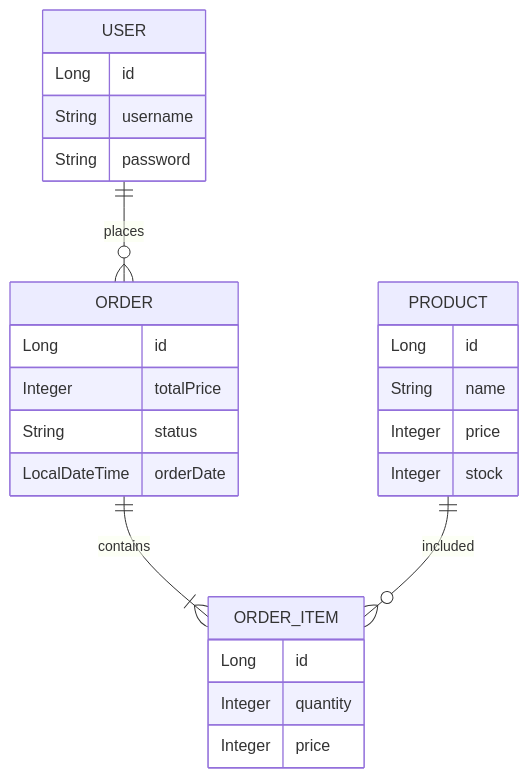
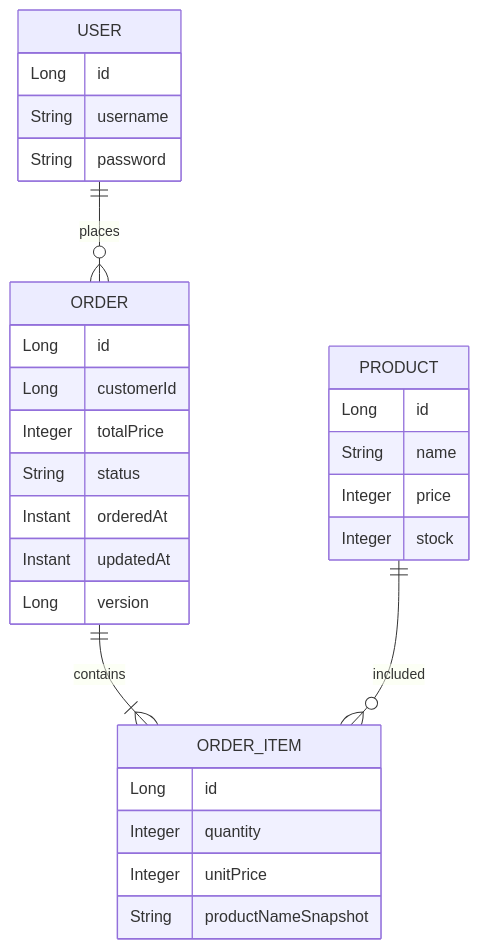
One commit to utl-flaxy/inventory-management-system changed the first of 3 diagrams in README.md. Above: the diagram before and after it, drawn with Mermaid. The commit also changed other lines of this file and 27 other files, not shown here.

````diff
--- a/README.md
+++ b/README.md
@@ -796,35 +802,39 @@
 ```mermaid
 erDiagram
 
 USER ||--o{ ORDER : places
 
 ORDER ||--|{ ORDER_ITEM : contains
 
 PRODUCT ||--o{ ORDER_ITEM : included
 
 USER {
     Long id
     String username
     String password
 }
 
 PRODUCT {
     Long id
     String name
     Integer price
     Integer stock
 }
 
 ORDER {
     Long id
+    Long customerId
     Integer totalPrice
     String status
-    LocalDateTime orderDate
+    Instant orderedAt
+    Instant updatedAt
+    Long version
 }
 
 ORDER_ITEM {
     Long id
     Integer quantity
-    Integer price
+    Integer unitPrice
+    String productNameSnapshot
 }
 ```
````
